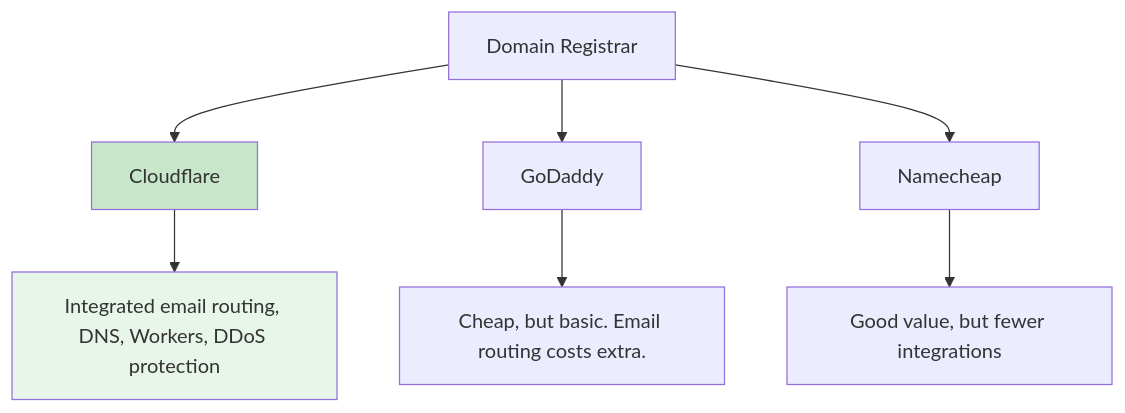
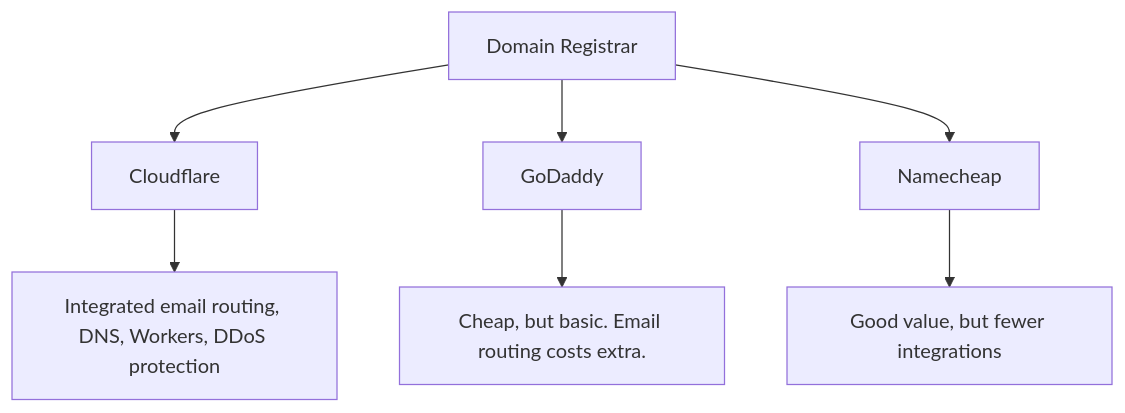
The diagram in docs/guides/02-domain-dns.md (borealBytes/startup-blueprint), drawn with Mermaid before and after one commit.

Commit message:
refactor(docs): apply Mermaid style guide to domain-dns guide
- Remove custom fill colors from registrar comparison diagram
- Add accessibility attributes (accTitle/accDescr)
- Use semantic node IDs
- Ensure diagram renders in GitHub dark mode

````diff
--- a/docs/guides/02-domain-dns.md
+++ b/docs/guides/02-domain-dns.md
@@ -29,12 +29,12 @@
 ```mermaid
-graph TD
-    A["Domain Registrar"] --> B["Cloudflare"]
-    A --> C["GoDaddy"]
-    A --> D["Namecheap"]
-    B --> B1["Integrated email routing, DNS, Workers, DDoS protection"]
-    C --> C1["Cheap, but basic. Email routing costs extra."]
-    D --> D1["Good value, but fewer integrations"]
+flowchart TD
+    accTitle: Domain Registrar Comparison
+    accDescr: Comparison of domain registrars showing Cloudflare with integrated features versus GoDaddy and Namecheap with basic offerings
 
-    style B fill:#c8e6c9
-    style B1 fill:#e8f5e9
+    domain_registrar[Domain Registrar] --> cloudflare[Cloudflare]
+    domain_registrar --> godaddy[GoDaddy]
+    domain_registrar --> namecheap[Namecheap]
+    cloudflare --> cloudflare_features["Integrated email routing, DNS, Workers, DDoS protection"]
+    godaddy --> godaddy_features["Cheap, but basic. Email routing costs extra."]
+    namecheap --> namecheap_features["Good value, but fewer integrations"]
 ```
````
